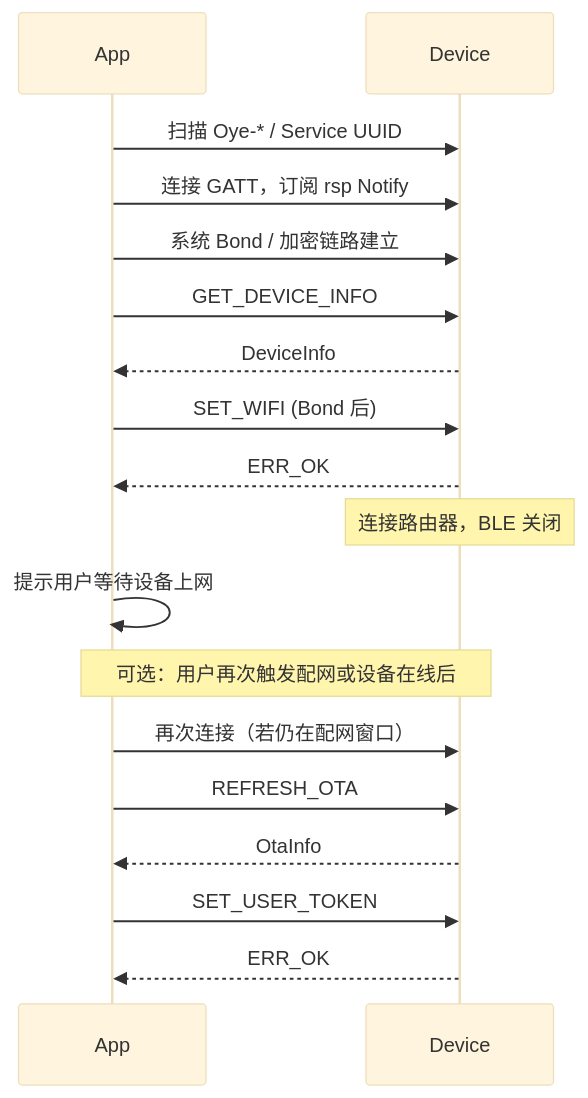
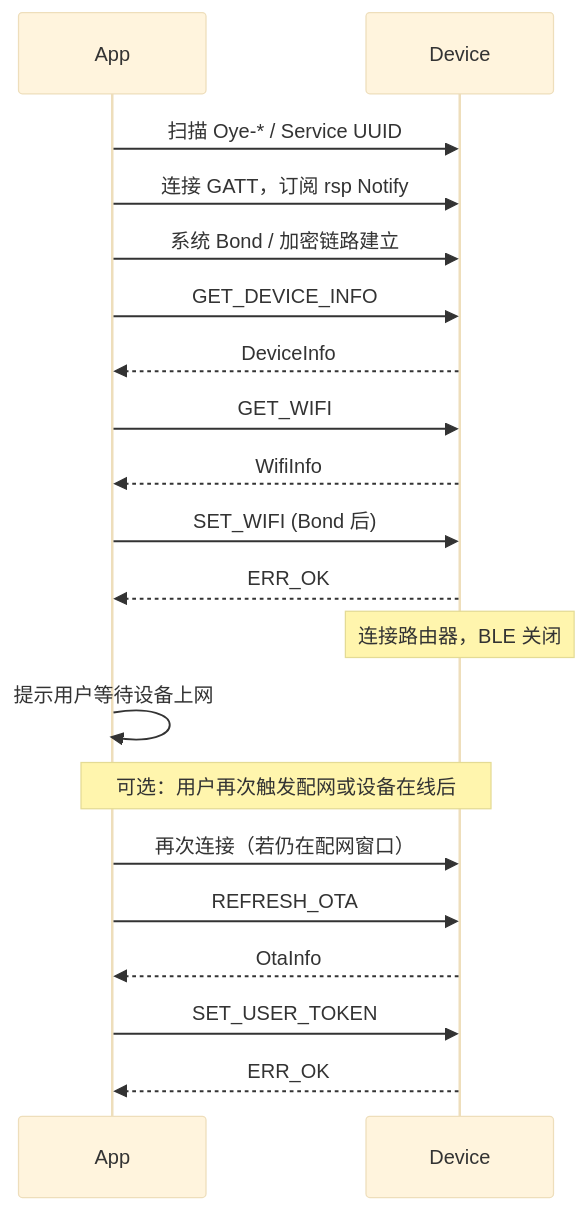
One commit to RyanYuang/MiaoBan changed the diagram in docs/oye-ble-mobile-app_zh.md. Above: the diagram before and after it, drawn with Mermaid (base theme). The commit also changed other lines of this file and 6 other files, not shown here.

First line of the commit message:
feat(ble): add CMD_GET_WIFI for App Wi-Fi status query

````diff
--- a/docs/oye-ble-mobile-app_zh.md
+++ b/docs/oye-ble-mobile-app_zh.md
@@ -275,21 +299,23 @@
 ```mermaid
 sequenceDiagram
     participant App
     participant Device
 
     App->>Device: 扫描 Oye-* / Service UUID
     App->>Device: 连接 GATT，订阅 rsp Notify
     App->>Device: 系统 Bond / 加密链路建立
     App->>Device: GET_DEVICE_INFO
     Device-->>App: DeviceInfo
+    App->>Device: GET_WIFI
+    Device-->>App: WifiInfo
     App->>Device: SET_WIFI (Bond 后)
     Device-->>App: ERR_OK
     Note over Device: 连接路由器，BLE 关闭
     App->>App: 提示用户等待设备上网
     Note over App,Device: 可选：用户再次触发配网或设备在线后
     App->>Device: 再次连接（若仍在配网窗口）
     App->>Device: REFRESH_OTA
     Device-->>App: OtaInfo
     App->>Device: SET_USER_TOKEN
     Device-->>App: ERR_OK
 ```
````
